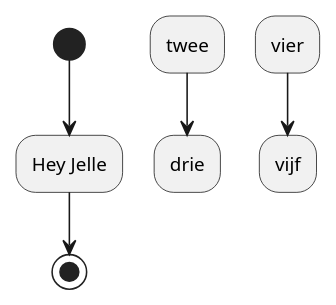
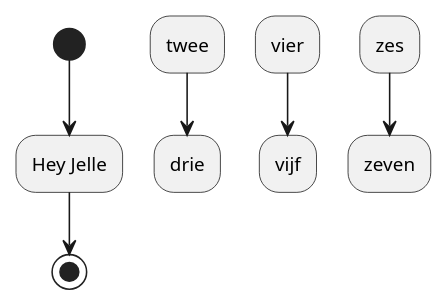
The diagram in interest_organization.activity.puml (bri1990/docs), drawn with PlantUML before and after one commit.

```diff
--- a/interest_organization.activity.puml
+++ b/interest_organization.activity.puml
@@ -1,9 +1,10 @@
 @startuml
 
 (*) --> "Hey Jelle"
 "Hey Jelle" --> (*)
 
 "twee" --> "drie"
 "vier" --> "vijf"
+"zes" --> "zeven"
 
 @enduml
```
